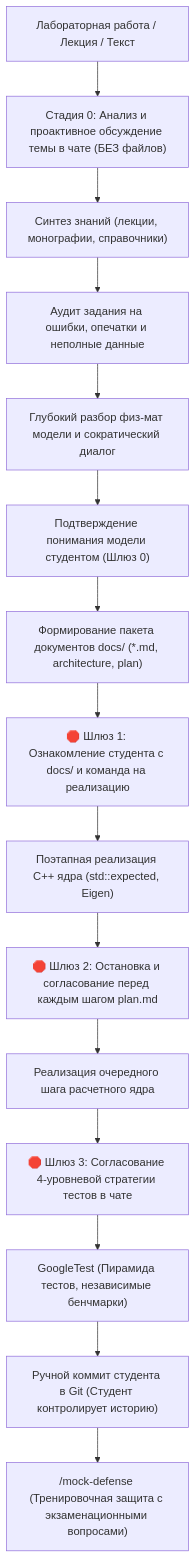
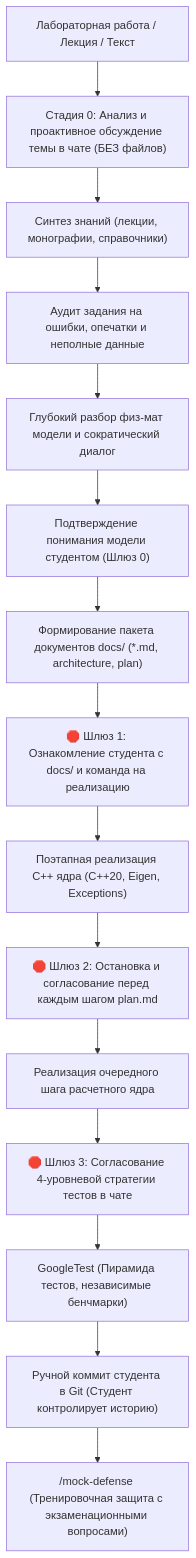
One commit to BugFix-develop/hydraulics-brainstorm changed the diagram in README.md. Above: the diagram before and after it, drawn with Mermaid. The commit also changed 9 other files, not shown here.

````diff
--- a/README.md
+++ b/README.md
@@ -308,17 +308,17 @@
 ```mermaid
 flowchart TD
     A["Лабораторная работа / Лекция / Текст"] --> B["Стадия 0: Анализ и проактивное обсуждение темы в чате (БЕЗ файлов)"]
     B --> B1["Синтез знаний (лекции, монографии, справочники)"]
     B1 --> B2["Аудит задания на ошибки, опечатки и неполные данные"]
     B2 --> B3["Глубокий разбор физ-мат модели и сократический диалог"]
     B3 --> B4["Подтверждение понимания модели студентом (Шлюз 0)"]
     B4 --> C["Формирование пакета документов docs/ (*.md, architecture, plan)"]
     C --> D["🛑 Шлюз 1: Ознакомление студента с docs/ и команда на реализацию"]
-    D --> E["Поэтапная реализация C++ ядра (std::expected, Eigen)"]
+    D --> E["Поэтапная реализация C++ ядра (C++20, Eigen, Exceptions)"]
     E --> E1["🛑 Шлюз 2: Остановка и согласование перед каждым шагом plan.md"]
     E1 --> E2["Реализация очередного шага расчетного ядра"]
     E2 --> F["🛑 Шлюз 3: Согласование 4-уровневой стратегии тестов в чате"]
     F --> G["GoogleTest (Пирамида тестов, независимые бенчмарки)"]
     G --> H["Ручной коммит студента в Git (Студент контролирует историю)"]
     H --> I["/mock-defense (Тренировочная защита с экзаменационными вопросами)"]
 ```
````
